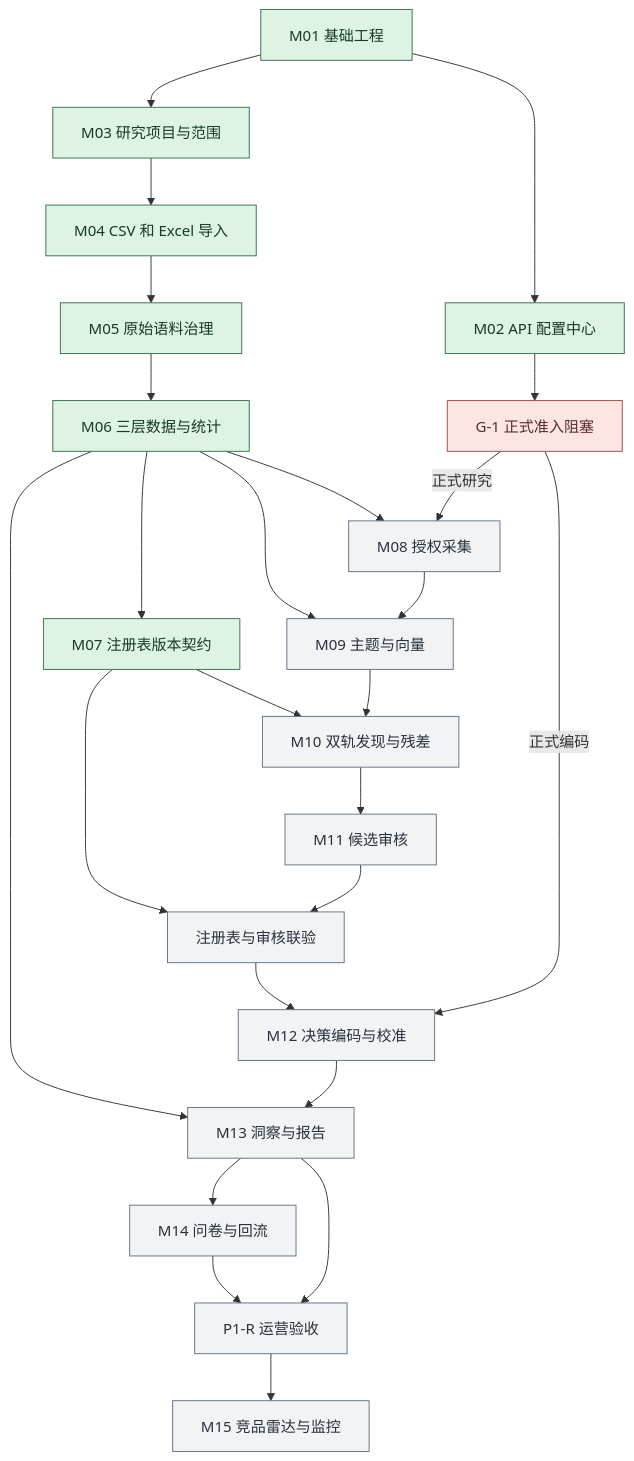
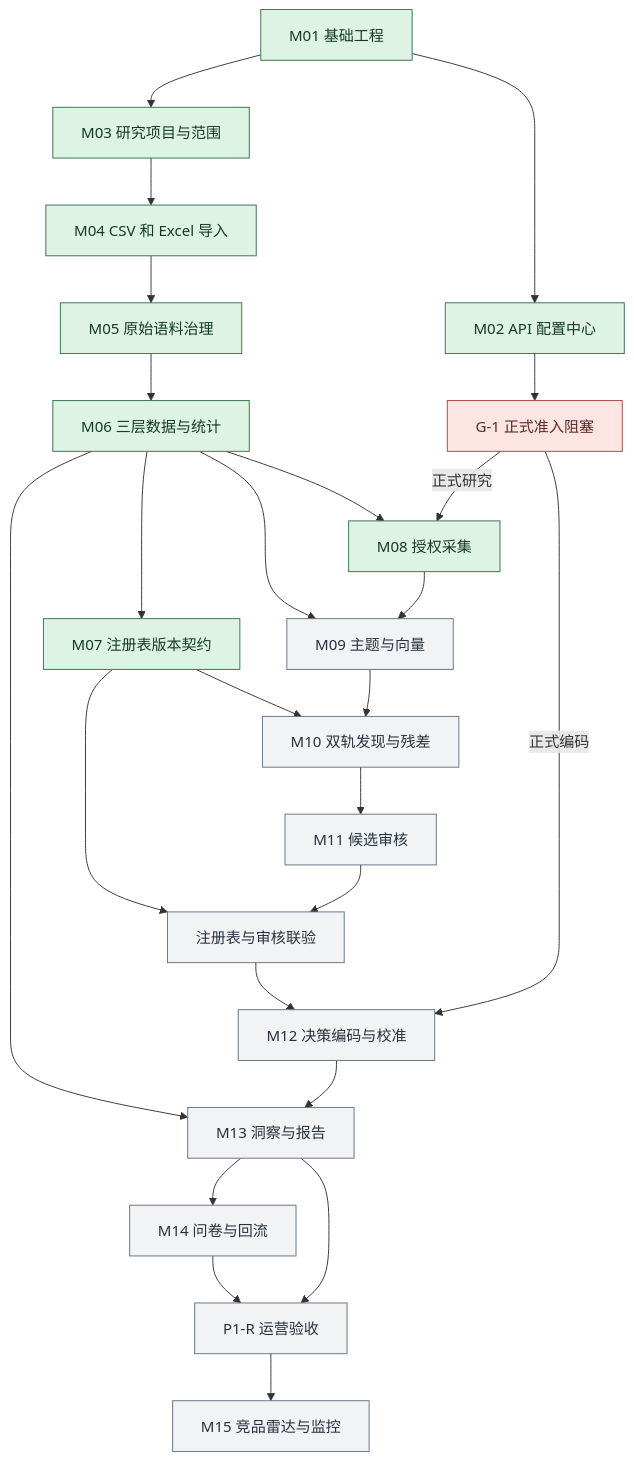
Before and after one commit to kurikiwoods-coder/voc-research-workbench: the first of 3 diagrams in docs/planning/development-sequence.md, drawn with Mermaid. The commit also changed other lines of this file and 24 other files, not shown here.

````diff
--- a/docs/planning/development-sequence.md
+++ b/docs/planning/development-sequence.md
@@ -7,34 +7,35 @@
 ```mermaid
 flowchart TD
     M01["M01 基础工程"] --> M02["M02 API 配置中心"]
     M01 --> M03["M03 研究项目与范围"]
     M02 --> G1["G-1 正式准入阻塞"]
     M03 --> M04["M04 CSV 和 Excel 导入"]
     M04 --> M05["M05 原始语料治理"]
     M05 --> M06["M06 三层数据与统计"]
     M06 --> M07["M07 注册表版本契约"]
     M06 --> M08["M08 授权采集"]
     M06 --> M09["M09 主题与向量"]
     M08 --> M09
     M07 --> M10["M10 双轨发现与残差"]
     M09 --> M10
     M10 --> M11["M11 候选审核"]
     M07 --> Joint["注册表与审核联验"]
     M11 --> Joint
     Joint --> M12["M12 决策编码与校准"]
     G1 -->|正式研究| M08
     G1 -->|正式编码| M12
     M06 --> M13["M13 洞察与报告"]
     M12 --> M13
     M13 --> M14["M14 问卷与回流"]
     M14 --> P1R["P1-R 运营验收"]
     M13 --> P1R
     P1R --> M15["M15 竞品雷达与监控"]
     classDef done fill:#DDF3E4,stroke:#35704C,color:#173B24
     classDef pending fill:#F1F3F5,stroke:#637180,color:#28323D
     classDef blocked fill:#FCE5E2,stroke:#A24943,color:#592B29
     class M01,M02,M03,M04,M05,M06 done
     class M07 done
-    class M08,M09,M10,M11,Joint,M12,M13,M14,P1R,M15 pending
+    class M08 done
+    class M09,M10,M11,Joint,M12,M13,M14,P1R,M15 pending
     class G1 blocked
 ```
````
